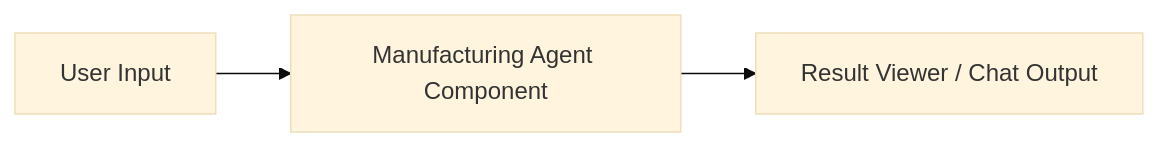
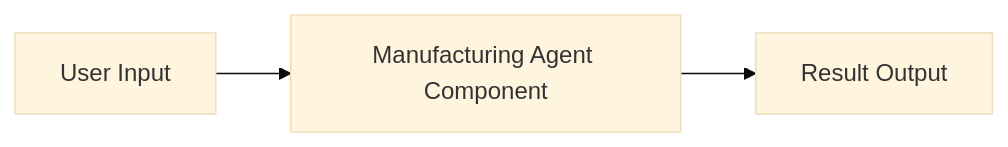
The first of 2 diagrams in docs/LANGFLOW_CANVAS_EXAMPLE.md (bongG-moon/agent_test_v2), drawn with Mermaid (base theme) before and after one commit. The commit also changed other lines of this file and 8 other files, not shown here.

Commit message:
Refresh docs for merged agent and graph structure

````diff
--- a/docs/LANGFLOW_CANVAS_EXAMPLE.md
+++ b/docs/LANGFLOW_CANVAS_EXAMPLE.md
@@ -9,5 +9,5 @@
 ```mermaid
 flowchart LR
     A["User Input"] --> B["Manufacturing Agent Component"]
-    B --> C["Result Viewer / Chat Output"]
+    B --> C["Result Output"]
 ```
````
